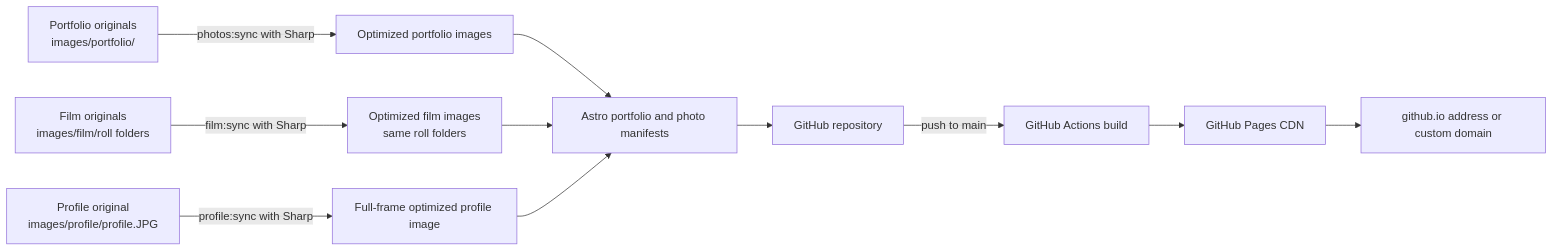
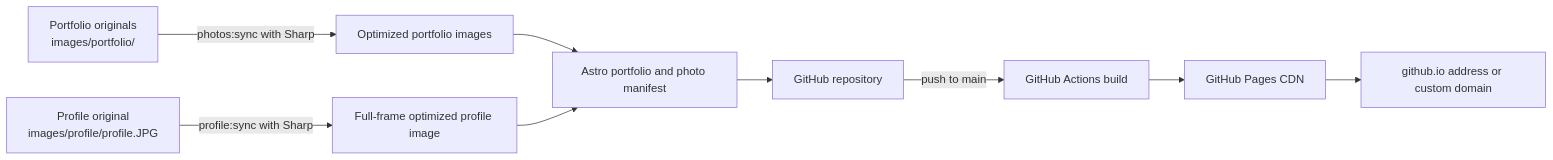
One commit to LinquanS/LinquanS.github.io changed the diagram in README.md. Above: the diagram before and after it, drawn with Mermaid. The commit also changed other lines of this file and 2227 other files, not shown here.

````diff
--- a/README.md
+++ b/README.md
@@ -9,13 +9,11 @@
 ```mermaid
 flowchart LR
   A[Portfolio originals<br/>images/portfolio/] -->|photos:sync with Sharp| B[Optimized portfolio images]
-  H[Film originals<br/>images/film/roll folders] -->|film:sync with Sharp| I[Optimized film images<br/>same roll folders]
-  B --> C[Astro portfolio and photo manifests]
-  I --> C
+  B --> C[Astro portfolio and photo manifest]
   J[Profile original<br/>images/profile/profile.JPG] -->|profile:sync with Sharp| K[Full-frame optimized profile image]
   K --> C
   C --> D[GitHub repository]
   D -->|push to main| E[GitHub Actions build]
   E --> F[GitHub Pages CDN]
   F --> G[github.io address or custom domain]
 ```
````
